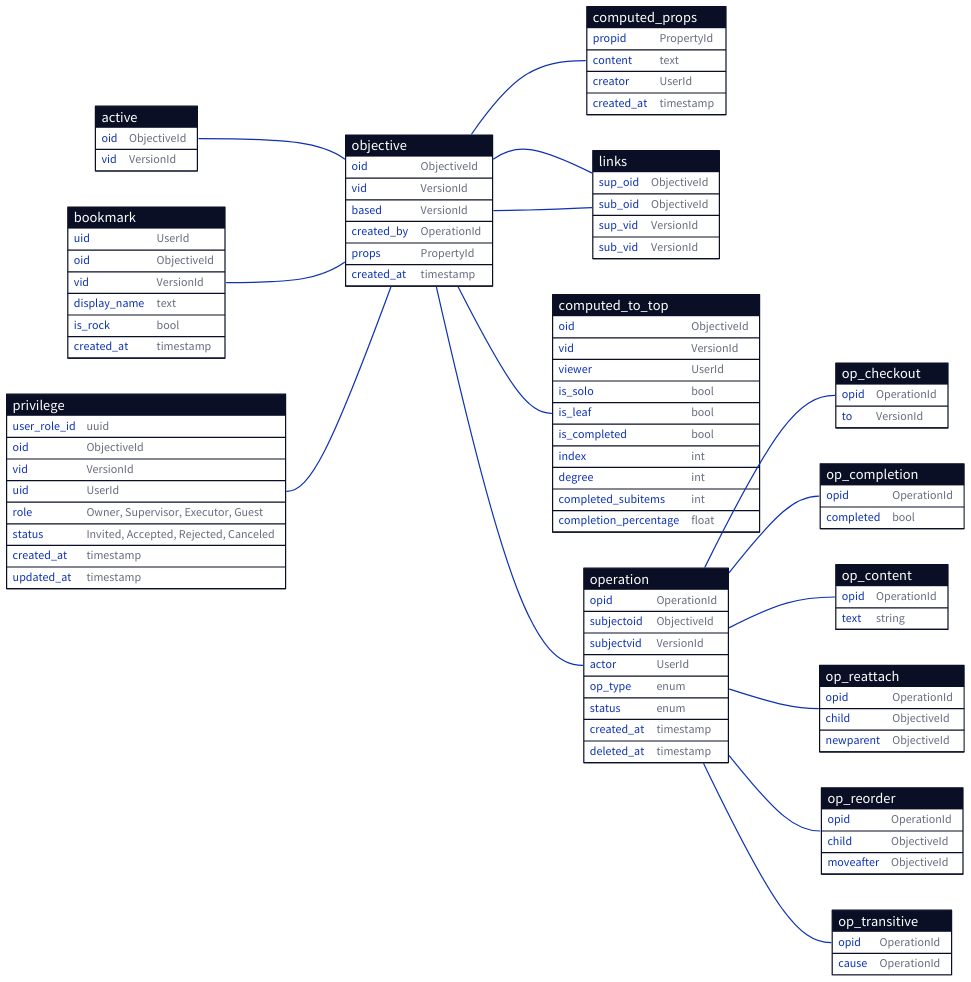
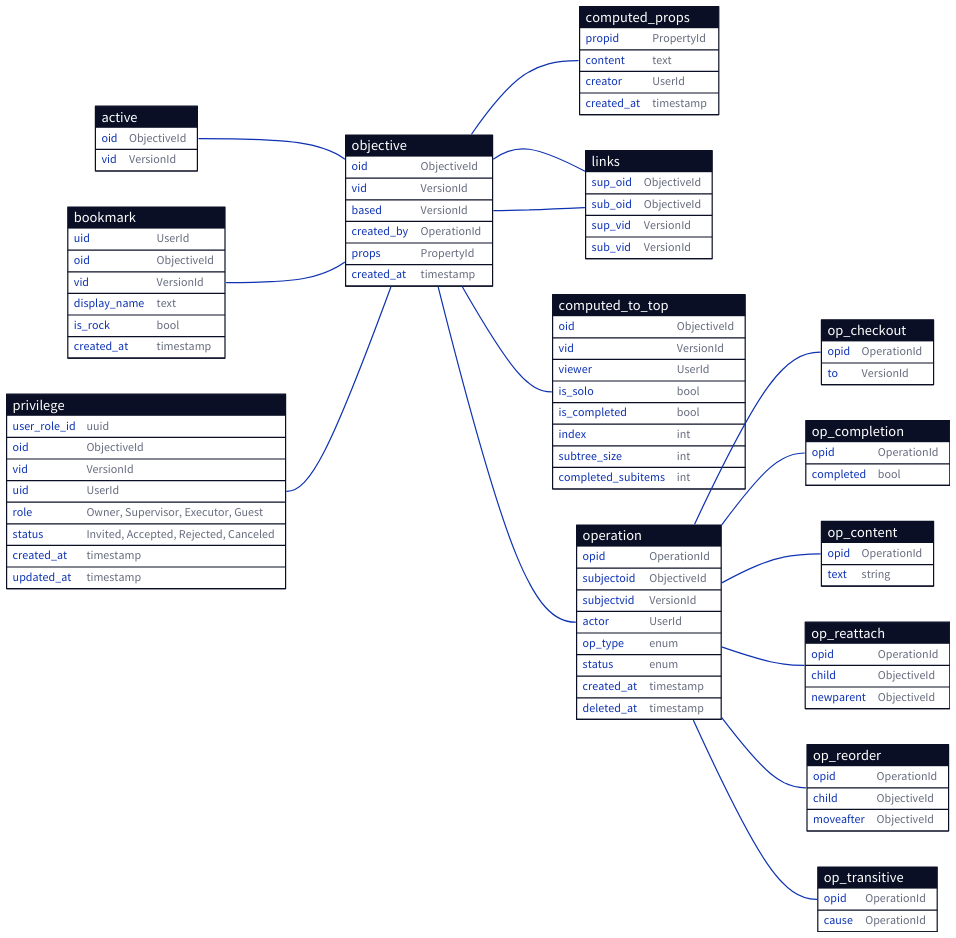
The diagram in docs/database/simplified.d2 (ufukty/logbook), drawn with D2 before and after one commit. The commit also changed 2 other files, not shown here.

```diff
--- a/docs/database/simplified.d2
+++ b/docs/database/simplified.d2
@@ -1,174 +1,172 @@
 active: {
   shape: sql_table
 
   oid: ObjectiveId
   vid: VersionId
 }
 
 bookmark: {
   shape: sql_table
 
   uid: UserId
   oid: ObjectiveId
   vid: VersionId
   display_name: text
   is_rock: bool # rocks are hidden in the UI
   created_at: timestamp
 }
 
 privilege: {
   shape: sql_table
 
   user_role_id: uuid
   oid: ObjectiveId
   vid: VersionId
   uid: UserId
   role: "Owner, Supervisor, Executor, Guest"
   status: "Invited, Accepted, Rejected, Canceled"
   created_at: timestamp
   updated_at: timestamp
 }
 
 objective: {
   shape: sql_table
 
   oid: ObjectiveId
   vid: VersionId
   based: VersionId
   created_by: OperationId
   props: PropertyId
 
   created_at: timestamp # creation of this version (=row)
 }
 
 # cached from operations to reduce view build duration
 # separately versioned from the objective to detach it from privilege and collaboration config changes
 computed_props: {
   shape: sql_table
 
   propid: PropertyId
   content: text
   creator: UserId
   created_at: timestamp
 }
 
 links: {
   shape: sql_table
 
   sup_oid: ObjectiveId
   sub_oid: ObjectiveId
   sup_vid: VersionId
   sub_vid: VersionId
 }
 
 computed_to_top: {
   shape: sql_table
 
   oid: ObjectiveId
   vid: VersionId
   viewer: UserId
 
   is_solo: bool
-  is_leaf: bool
   is_completed: bool
 
   index: int
-  degree: int
+  subtree_size: int
   completed_subitems: int
-  completion_percentage: float
 }
 
 operation: {
   shape: sql_table
 
   opid: OperationId
   
   subjectoid: ObjectiveId
   subjectvid: VersionId
   actor: UserId
 
   op_type: enum # Transitive, Checkout, Completion, Reattach, Reorder, Content
   status: enum # Received, Accepted, Rejected
 
   created_at: timestamp
   deleted_at: timestamp
 }
 
 op_checkout: {
   shape: sql_table
   
   opid: OperationId 
   to: VersionId
 }
 
 op_content: {
   shape: sql_table
   
   opid: OperationId 
   text: string
 }
 
 op_completion: {
   shape: sql_table
 
   opid: OperationId
   completed: bool
 }
 
 # reattachment operation gets defined on the old parent of the objective is requested to be moved into next parent's bottom
 op_reattach: {
   shape: sql_table
   
   opid: OperationId 
   child: ObjectiveId # find the vid from only version of child linked to current version of subject
   newparent: ObjectiveId # find the vid of parent from following the ascendants of subject reached from active versions
 }
 
 op_reorder: {
   shape: sql_table
   
   opid: OperationId 
   child: ObjectiveId
   moveafter: ObjectiveId
 }
 
 # every ascendant gets an transitive update operation when an objective gets version changing event from user (either checkout or content/prop modification)
 op_transitive: {
   shape: sql_table
   
   opid: OperationId 
   cause: OperationId
 }
 
 direction: right
 
 active.oid -- objective.oid
 
 # a bookmark points to a root node of a work tree
 bookmark.oid -- objective.oid
 # bookmark.vid -- objective.vid
 
 # Any task with custom privilege hand.can have owner/viewers/executors
 privilege.oid -- objective.oid
 # privilege.vid -- objective.vid
 
 objective.oid -- links.sup_oid
 # objective.vid -- links.sup_vid
 
 objective.oid -- links.sub_oid
 # objective.vid -- links.sub_vid
 
 objective.oid -- computed_to_top.oid
 # objective.vid -- computed_to_top.vid
 
 operation.opid -- op_checkout.opid
 operation.opid -- op_completion.opid
 operation.opid -- op_content.opid
 operation.opid -- op_reattach.opid
 operation.opid -- op_reorder.opid
 operation.opid -- op_transitive.opid
 
 objective.created_by -- operation.opid
 
 objective.props -- computed_props.propid
 # objective.vid -- props.vid
```
